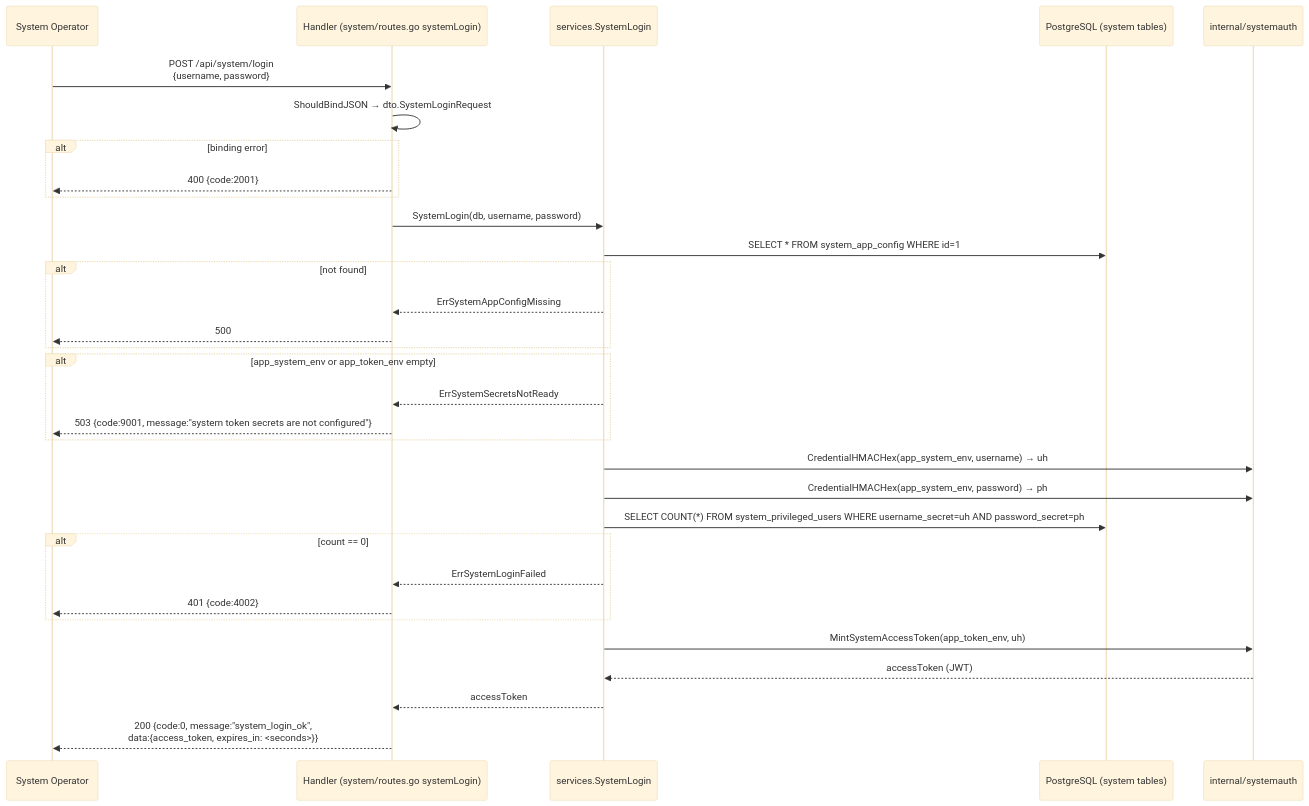
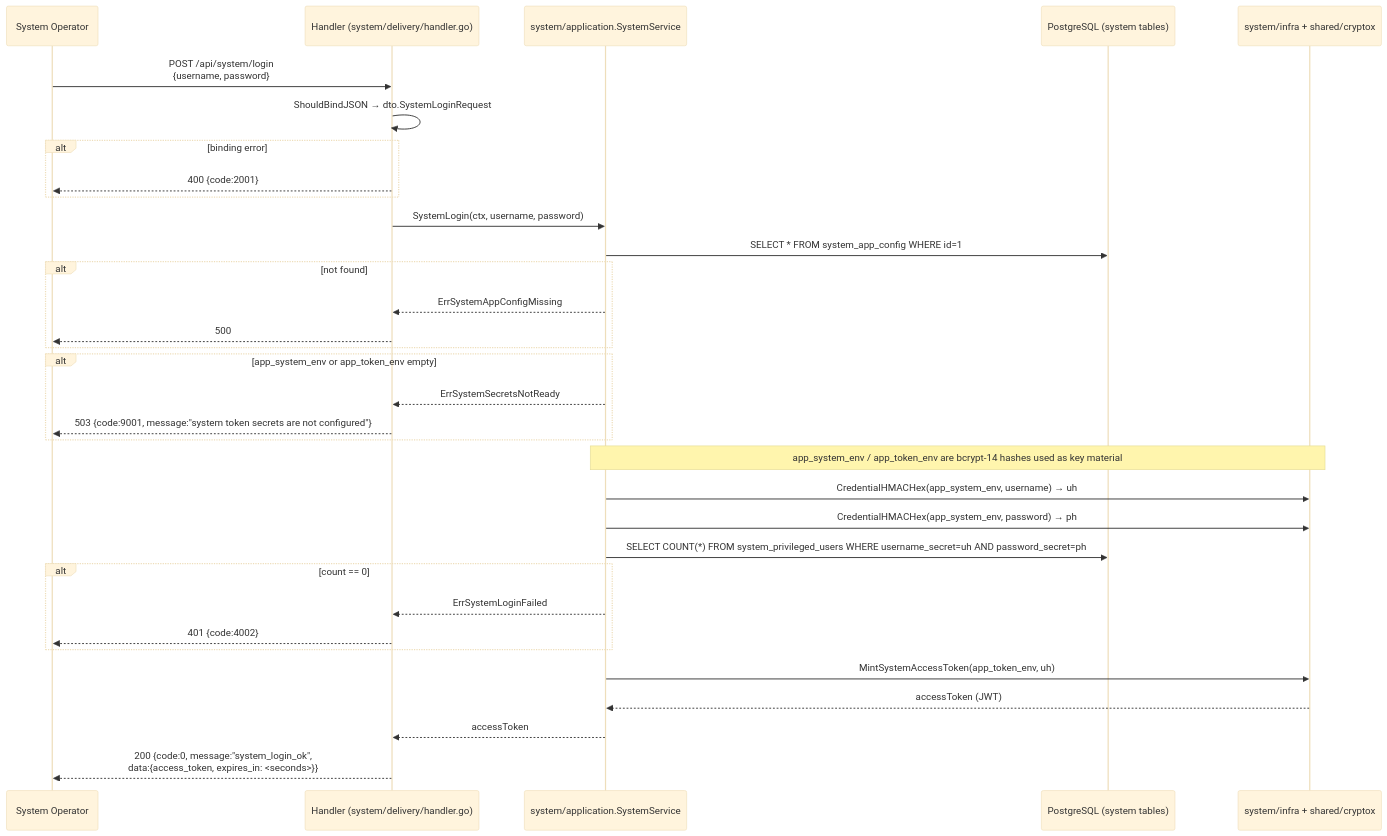
The ninth of 24 diagrams in docs/sequence_diagrams.md (lkienkle11/be-mycourse), drawn with Mermaid (base theme) before and after one commit. The commit also changed other lines of this file and 6 other files, not shown here.

Commit message:
docs: sync system bcrypt config docs

````diff
--- a/docs/sequence_diagrams.md
+++ b/docs/sequence_diagrams.md
@@ -466,39 +467,40 @@
 ```mermaid
 sequenceDiagram
     participant Op as System Operator
-    participant H as Handler (system/routes.go systemLogin)
-    participant SVC as services.SystemLogin
+    participant H as Handler (system/delivery/handler.go)
+    participant SVC as system/application.SystemService
     participant DB as PostgreSQL (system tables)
-    participant Crypto as internal/systemauth
+    participant Crypto as system/infra + shared/cryptox
 
     Op->>H: POST /api/system/login<br/>{username, password}
     H->>H: ShouldBindJSON → dto.SystemLoginRequest
     alt binding error
         H-->>Op: 400 {code:2001}
     end
 
-    H->>SVC: SystemLogin(db, username, password)
+    H->>SVC: SystemLogin(ctx, username, password)
     SVC->>DB: SELECT * FROM system_app_config WHERE id=1
     alt not found
         SVC-->>H: ErrSystemAppConfigMissing
         H-->>Op: 500
     end
     alt app_system_env or app_token_env empty
         SVC-->>H: ErrSystemSecretsNotReady
         H-->>Op: 503 {code:9001, message:"system token secrets are not configured"}
     end
 
+    Note over SVC,Crypto: app_system_env / app_token_env are bcrypt-14 hashes used as key material
     SVC->>Crypto: CredentialHMACHex(app_system_env, username) → uh
     SVC->>Crypto: CredentialHMACHex(app_system_env, password) → ph
     SVC->>DB: SELECT COUNT(*) FROM system_privileged_users WHERE username_secret=uh AND password_secret=ph
     alt count == 0
         SVC-->>H: ErrSystemLoginFailed
         H-->>Op: 401 {code:4002}
     end
 
     SVC->>Crypto: MintSystemAccessToken(app_token_env, uh)
     Crypto-->>SVC: accessToken (JWT)
     SVC-->>H: accessToken
 
     H-->>Op: 200 {code:0, message:"system_login_ok",<br/>data:{access_token, expires_in: <seconds>}}
 ```
````
